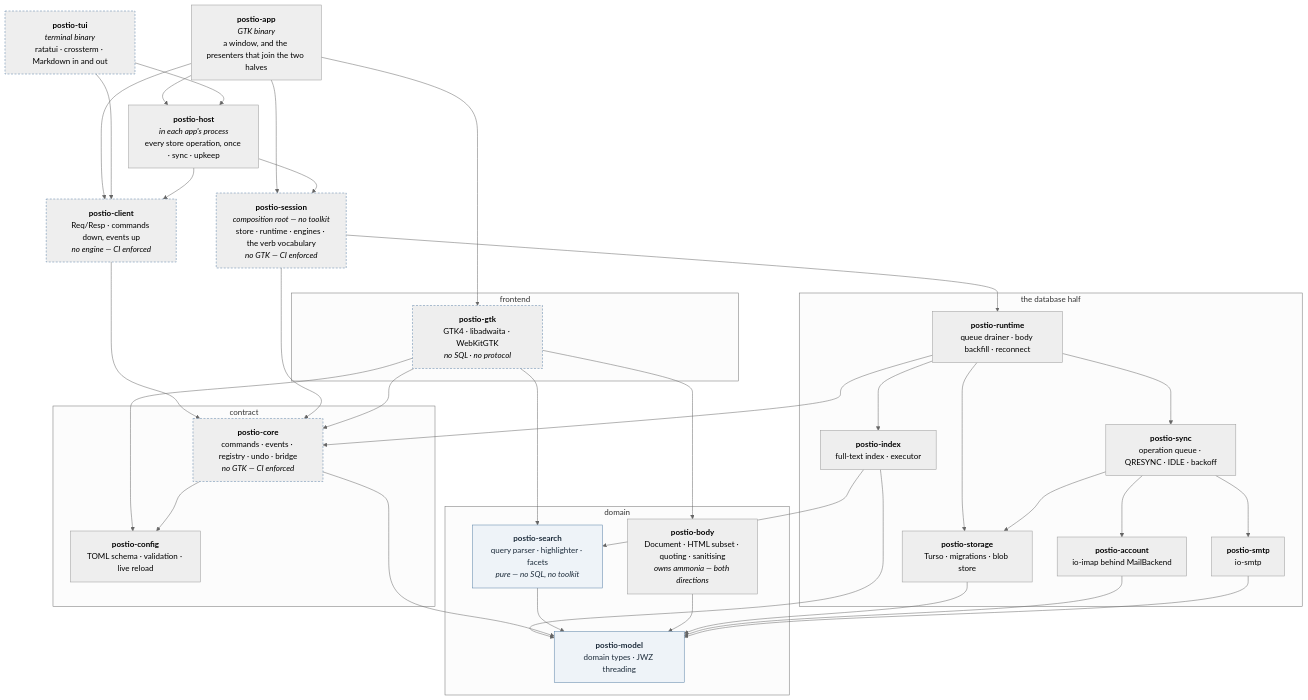
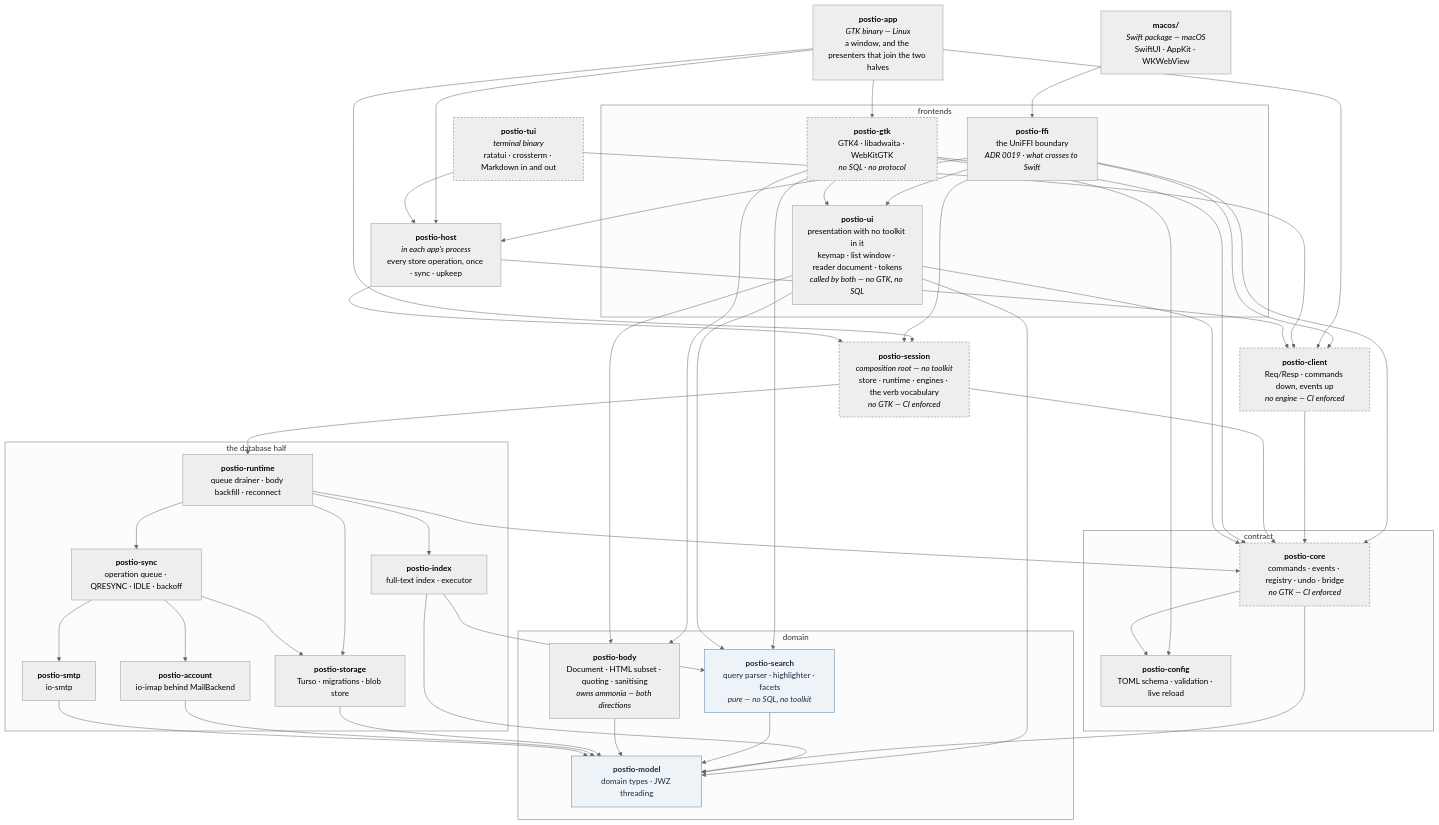
The diagram in docs/ARCHITECTURE.md (dlapiduz/postio), drawn with Mermaid (neutral theme) before and after one commit. The commit also changed other lines of this file and 318 other files, not shown here.

````diff
--- a/docs/ARCHITECTURE.md
+++ b/docs/ARCHITECTURE.md
@@ -16,13 +16,16 @@
 ```mermaid
 graph TD
-    app["<b>postio-app</b><br/><i>GTK binary</i><br/>a window, and the presenters that join the two halves"]
+    app["<b>postio-app</b><br/><i>GTK binary — Linux</i><br/>a window, and the presenters that join the two halves"]
+    mac["<b>macos/</b><br/><i>Swift package — macOS</i><br/>SwiftUI · AppKit · WKWebView"]
     tui["<b>postio-tui</b><br/><i>terminal binary</i><br/>ratatui · crossterm · Markdown in and out"]
     host["<b>postio-host</b><br/><i>in each app's process</i><br/>every store operation, once · sync · upkeep"]
     client["<b>postio-client</b><br/>Req/Resp · commands down, events up<br/><i>no engine — CI enforced</i>"]
     session["<b>postio-session</b><br/><i>composition root — no toolkit</i><br/>store · runtime · engines · the verb vocabulary<br/><i>no GTK — CI enforced</i>"]
 
-    subgraph view ["frontend"]
+    subgraph view ["frontends"]
         gtk["<b>postio-gtk</b><br/>GTK4 · libadwaita · WebKitGTK<br/><i>no SQL · no protocol</i>"]
+        ffi["<b>postio-ffi</b><br/>the UniFFI boundary<br/><i>ADR 0019 · what crosses to Swift</i>"]
+        ui["<b>postio-ui</b><br/>presentation with no toolkit in it<br/>keymap · list window · reader document · tokens<br/><i>called by both — no GTK, no SQL</i>"]
     end
 
     subgraph engine ["the database half"]
@@ -47,6 +50,12 @@
 
     app --> session
     app --> gtk
+    mac --> ffi
+    ffi --> host
+    ffi --> client
+    ffi --> session
+    ffi --> ui
+    ffi --> core
     app --> host
     app --> client
     tui --> client
@@ -56,10 +65,15 @@
     client --> core
     session --> runtime
     session --> core
+    gtk --> ui
     gtk --> core
     gtk --> search
     gtk --> body
     gtk --> config
+    ui --> core
+    ui --> search
+    ui --> body
+    ui --> model
     runtime --> sync
     runtime --> index
     runtime --> core
````
